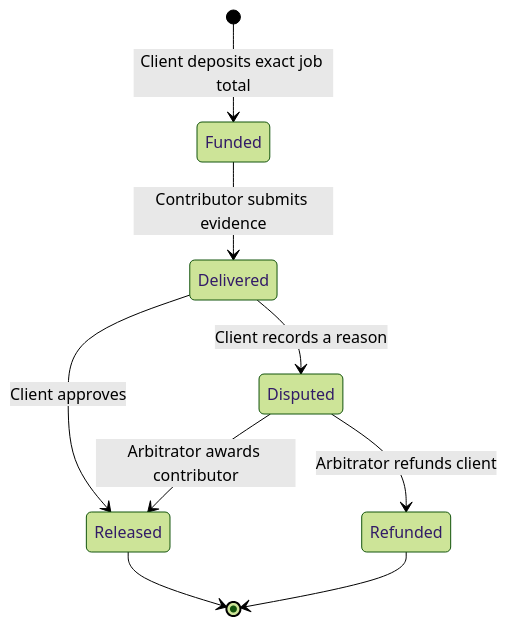
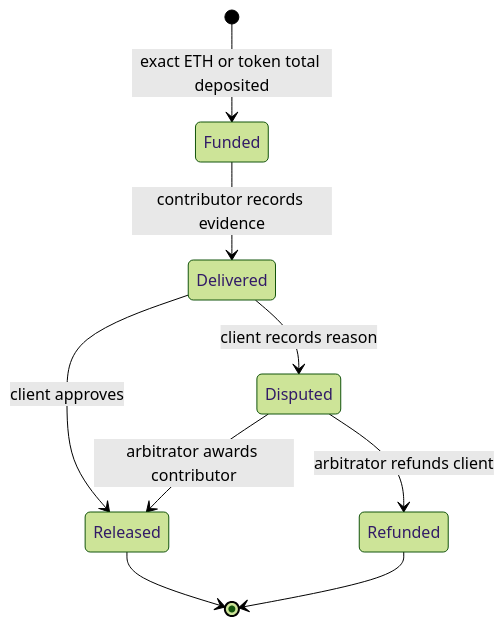
Before and after one commit to sgoel2be24-cyber/pact: the second of 2 diagrams in docs/ARCHITECTURE.md, drawn with Mermaid (forest theme). The commit also changed other lines of this file and 31 other files, not shown here.

````diff
--- a/docs/ARCHITECTURE.md
+++ b/docs/ARCHITECTURE.md
@@ -18,11 +49,11 @@
 ```mermaid
 stateDiagram-v2
-    [*] --> Funded: Client deposits exact job total
-    Funded --> Delivered: Contributor submits evidence
-    Delivered --> Released: Client approves
-    Delivered --> Disputed: Client records a reason
-    Disputed --> Released: Arbitrator awards contributor
-    Disputed --> Refunded: Arbitrator refunds client
+    [*] --> Funded: exact ETH or token total deposited
+    Funded --> Delivered: contributor records evidence
+    Delivered --> Released: client approves
+    Delivered --> Disputed: client records reason
+    Disputed --> Released: arbitrator awards contributor
+    Disputed --> Refunded: arbitrator refunds client
     Released --> [*]
     Refunded --> [*]
 ```
````
